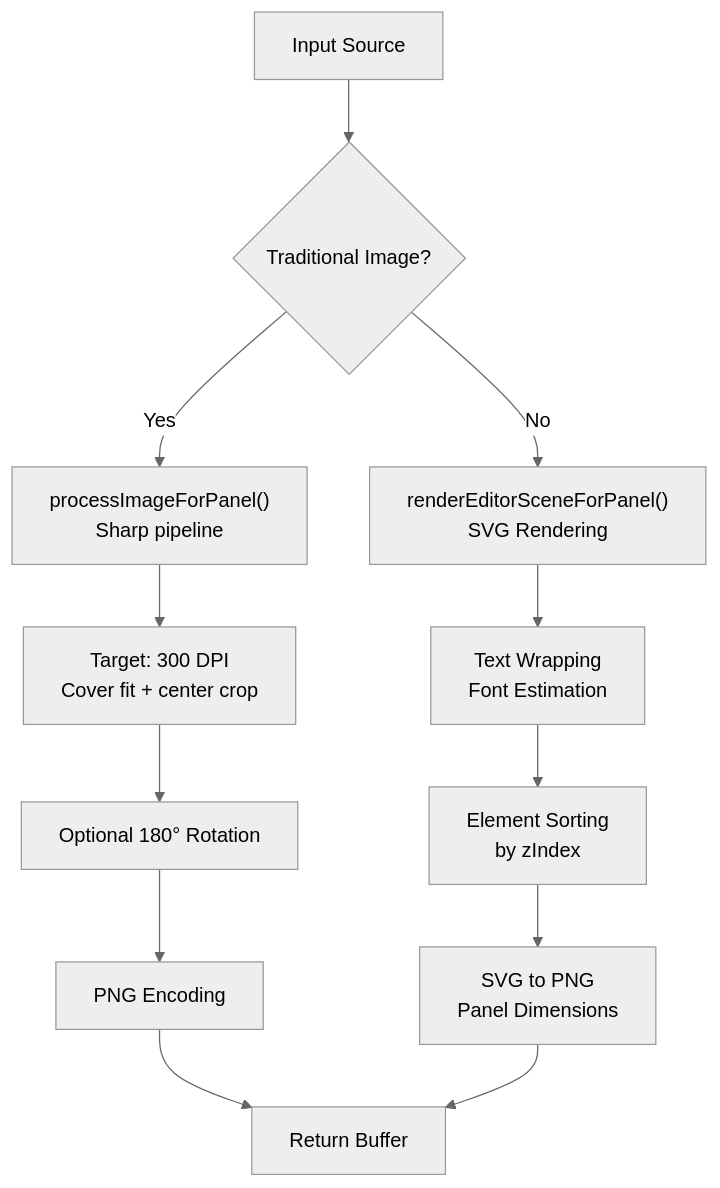
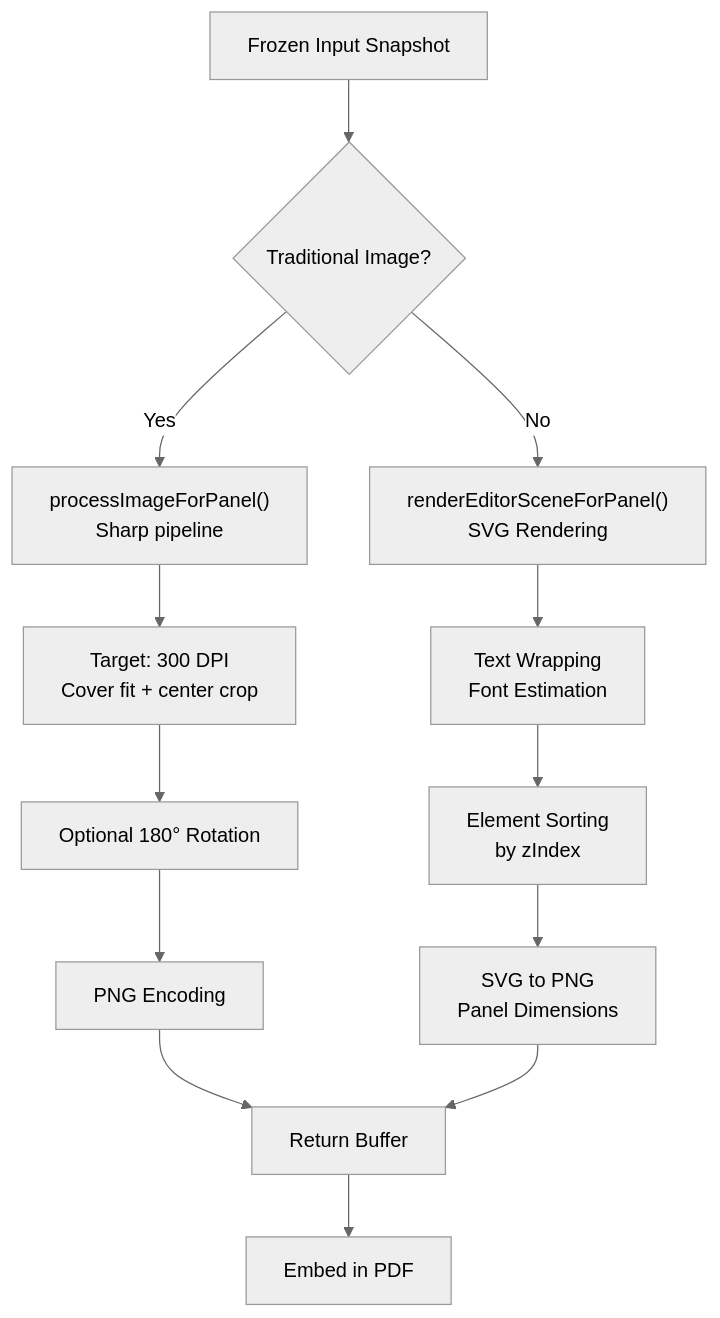
One commit to Crowdspender/titchybooks-app changed the fifth of 8 diagrams in .qoder/repowiki/en/content/PDF Generation Engine/PDF Generation Engine.md. Above: the diagram before and after it, drawn with Mermaid (neutral theme). The commit also changed other lines of this file and 23 other files, not shown here.

````diff
--- a/.qoder/repowiki/en/content/PDF Generation Engine/PDF Generation Engine.md
+++ b/.qoder/repowiki/en/content/PDF Generation Engine/PDF Generation Engine.md
@@ -276,14 +327,15 @@
 ```mermaid
 flowchart TD
-A["Input Source"] --> B{"Traditional Image?"}
+A["Frozen Input Snapshot"] --> B{"Traditional Image?"}
 B --> |Yes| C["processImageForPanel()<br/>Sharp pipeline"]
 C --> D["Target: 300 DPI<br/>Cover fit + center crop"]
 D --> E["Optional 180° Rotation"]
 E --> F["PNG Encoding"]
 B --> |No| G["renderEditorSceneForPanel()<br/>SVG Rendering"]
 G --> H["Text Wrapping<br/>Font Estimation"]
 H --> I["Element Sorting<br/>by zIndex"]
 I --> J["SVG to PNG<br/>Panel Dimensions"]
 F --> K["Return Buffer"]
 J --> K
+K --> L["Embed in PDF"]
 ```
````
